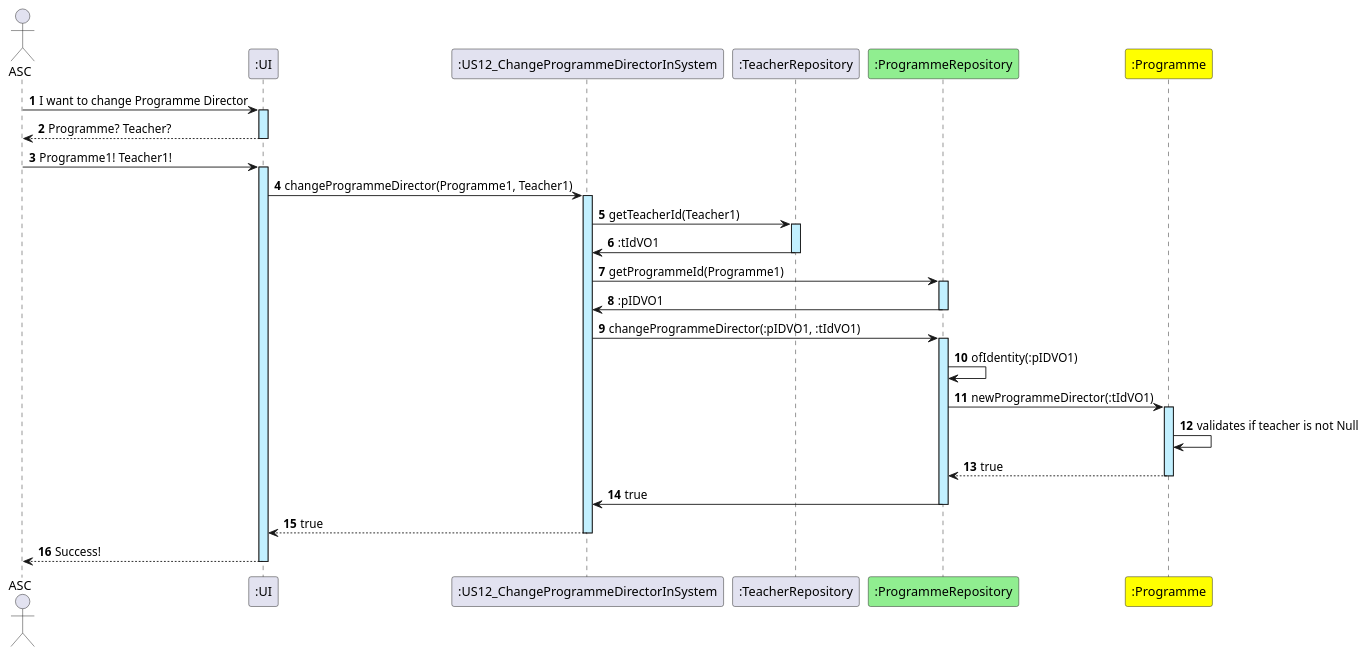
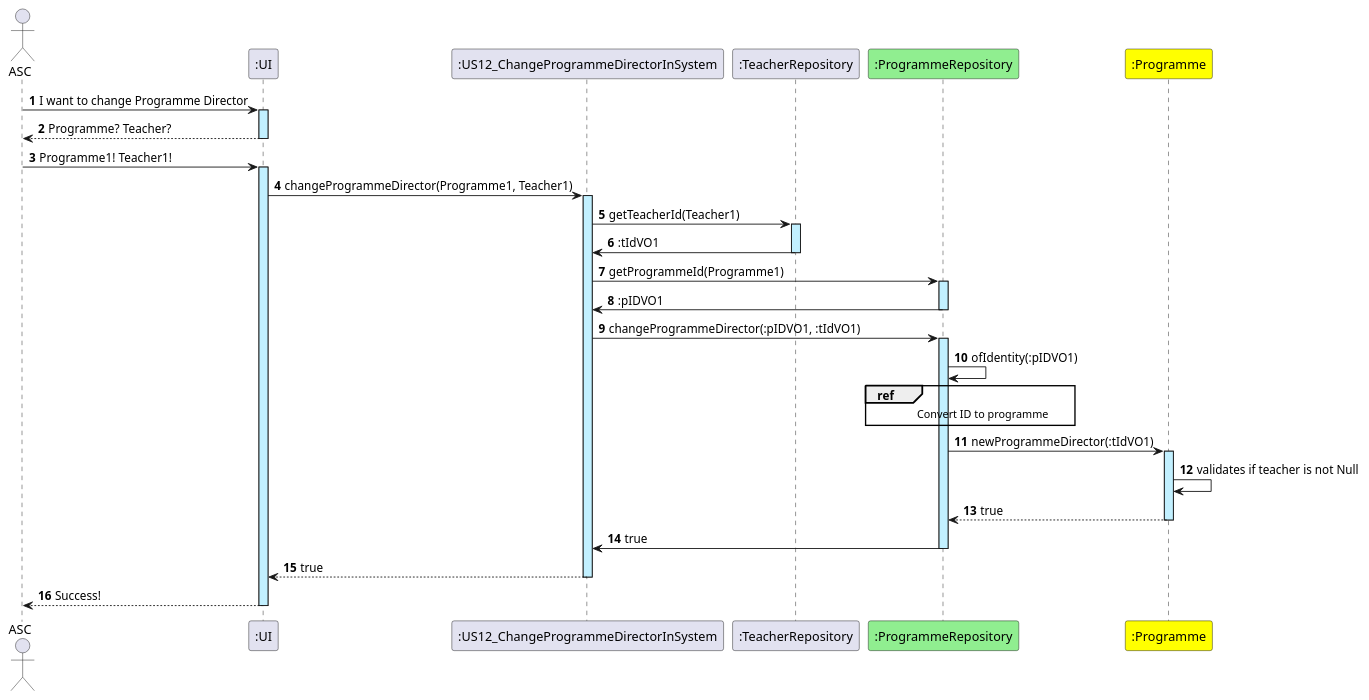
One commit to GasparISEP/DevOps-PAI changed the diagram in docs/US12/US12_ChangeProgrammeDirectorInSystem.puml. Above: the diagram before and after it, drawn with PlantUML.

Commit message:
Updated US12_SD. Related #56

```diff
--- a/docs/US12/US12_ChangeProgrammeDirectorInSystem.puml
+++ b/docs/US12/US12_ChangeProgrammeDirectorInSystem.puml
@@ -1,48 +1,50 @@
 @startuml
 actor ASC
 participant ":UI" as UI
 participant ":US12_ChangeProgrammeDirectorInSystem" as US12
 participant ":TeacherRepository" as TR
 participant ":ProgrammeRepository" as PL #lightgreen
 participant ":Programme" as PG #yellow
 autonumber
 
 ASC -> UI : I want to change Programme Director
 activate UI #application
 UI --> ASC : Programme? Teacher?
 deactivate UI
 
 ASC -> UI : Programme1! Teacher1!
 activate UI #application
 UI -> US12 : changeProgrammeDirector(Programme1, Teacher1)
 activate US12 #application
 
 US12 -> TR : getTeacherId(Teacher1)
 activate TR #application
 TR -> US12 : :tIdVO1
 deactivate TR
 US12 -> PL : getProgrammeId(Programme1)
 activate PL #application
 PL -> US12 : :pIDVO1
 deactivate PL
 
 US12 -> PL :changeProgrammeDirector(:pIDVO1, :tIdVO1)
 activate PL #application
 
 PL -> PL : ofIdentity(:pIDVO1)
-
+ref over PL
+    \t \t Convert ID to programme \t
+end ref
 
 PL -> PG : newProgrammeDirector(:tIdVO1)
 activate PG #application
 PG -> PG : validates if teacher is not Null
 
 PG --> PL : true
 deactivate PG
 PL->US12 : true
 deactivate PL
 US12 --> UI : true
 deactivate US12
 
 UI --> ASC : Success!
 deactivate UI
 @enduml
```
